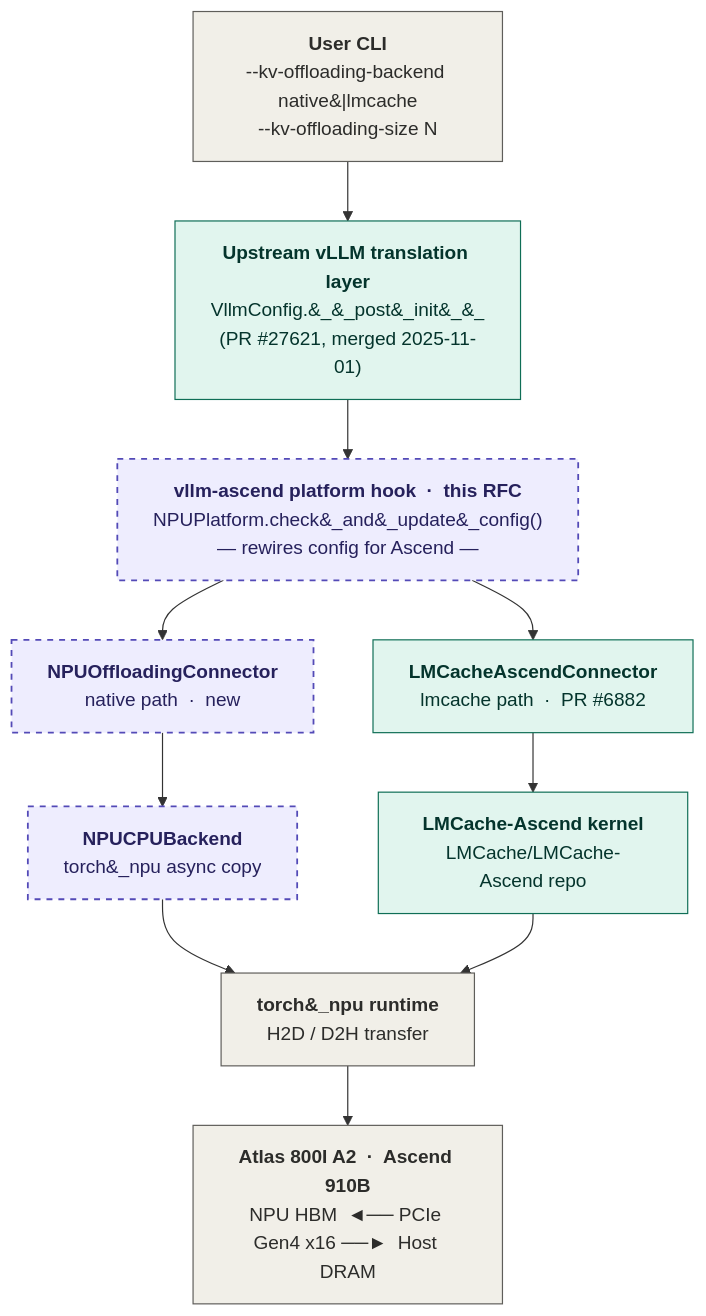
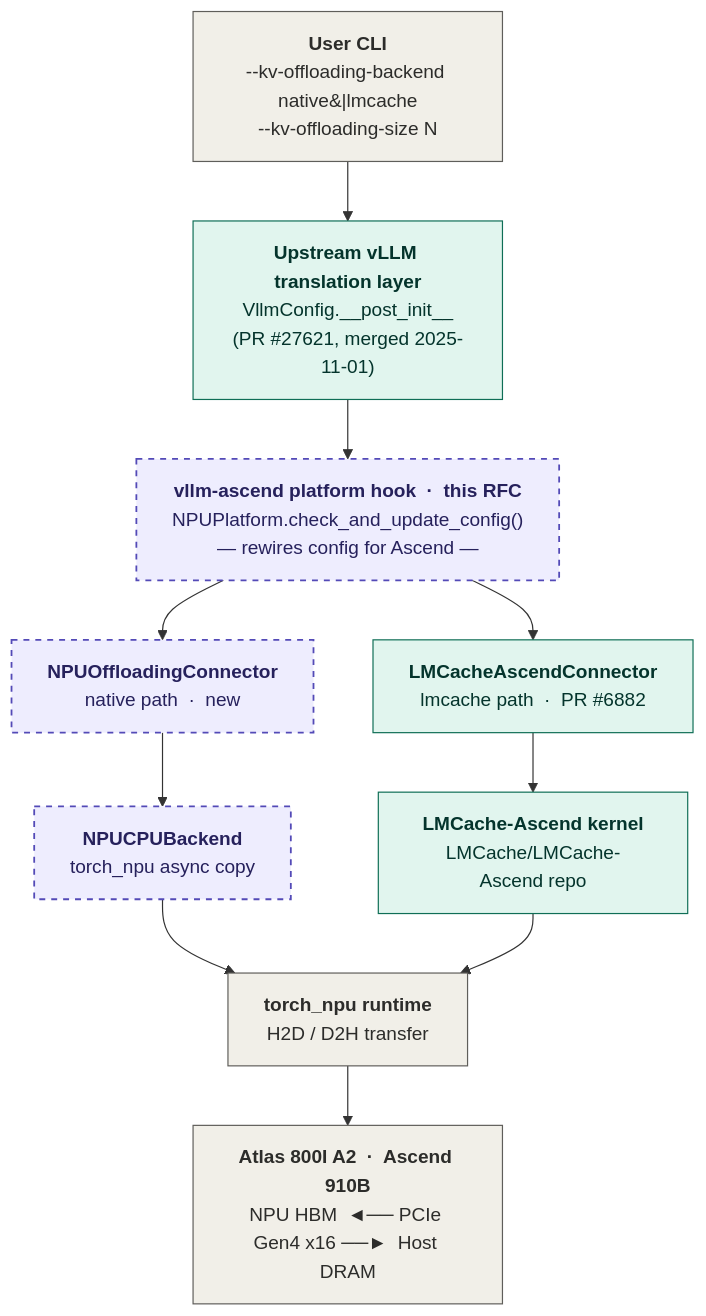
Before and after one commit to SammLSH/vllm-ascend: the fourth of 9 diagrams in RFC_kv_offloading_backend.md, drawn with Mermaid. The commit also changed other lines of this file, not shown here.

Commit message:
docs: replace HTML entity underscores with literal underscores in mermaid labels
GitHub's mermaid renderer strips the "#" from &#95; HTML entities inside
node labels, rendering "__post_init__" as "&_&_post&_init&_&_". Literal
underscores render correctly inside <b>...</b> HTML labels.

````diff
--- a/RFC_kv_offloading_backend.md
+++ b/RFC_kv_offloading_backend.md
@@ -137,36 +137,36 @@
 ```mermaid
 flowchart TD
     CLI["<b>User CLI</b><br/>--kv-offloading-backend native&#124;lmcache<br/>--kv-offloading-size N"]
 
-    UP["<b>Upstream vLLM translation layer</b><br/>VllmConfig.&#95;&#95;post&#95;init&#95;&#95;<br/>(PR #27621, merged 2025-11-01)"]
+    UP["<b>Upstream vLLM translation layer</b><br/>VllmConfig.__post_init__<br/>(PR #27621, merged 2025-11-01)"]
 
-    Hook["<b>vllm-ascend platform hook &nbsp;·&nbsp; this RFC</b><br/>NPUPlatform.check&#95;and&#95;update&#95;config()<br/>— rewires config for Ascend —"]
+    Hook["<b>vllm-ascend platform hook &nbsp;·&nbsp; this RFC</b><br/>NPUPlatform.check_and_update_config()<br/>— rewires config for Ascend —"]
 
     NPUConn["<b>NPUOffloadingConnector</b><br/>native path &nbsp;·&nbsp; new"]
     LMConn["<b>LMCacheAscendConnector</b><br/>lmcache path &nbsp;·&nbsp; PR #6882"]
 
-    NPUBack["<b>NPUCPUBackend</b><br/>torch&#95;npu async copy"]
+    NPUBack["<b>NPUCPUBackend</b><br/>torch_npu async copy"]
     LMKernel["<b>LMCache-Ascend kernel</b><br/>LMCache/LMCache-Ascend repo"]
 
-    TorchNPU["<b>torch&#95;npu runtime</b><br/>H2D / D2H transfer"]
+    TorchNPU["<b>torch_npu runtime</b><br/>H2D / D2H transfer"]
 
     HW["<b>Atlas 800I A2 &nbsp;·&nbsp; Ascend 910B</b><br/>NPU HBM &nbsp;◄── PCIe Gen4 x16 ──►&nbsp; Host DRAM"]
 
     CLI --> UP
     UP --> Hook
     Hook --> NPUConn
     Hook --> LMConn
     NPUConn --> NPUBack
     LMConn --> LMKernel
     NPUBack --> TorchNPU
     LMKernel --> TorchNPU
     TorchNPU --> HW
 
     classDef external fill:#F1EFE8,stroke:#5F5E5A,stroke-width:1px,color:#2C2C2A
     classDef existing fill:#E1F5EE,stroke:#0F6E56,stroke-width:1px,color:#04342C
     classDef newcode  fill:#EEEDFE,stroke:#534AB7,stroke-width:1.5px,stroke-dasharray:5 5,color:#26215C
 
     class CLI,TorchNPU,HW external
     class UP,LMConn,LMKernel existing
     class Hook,NPUConn,NPUBack newcode
 ```
````
